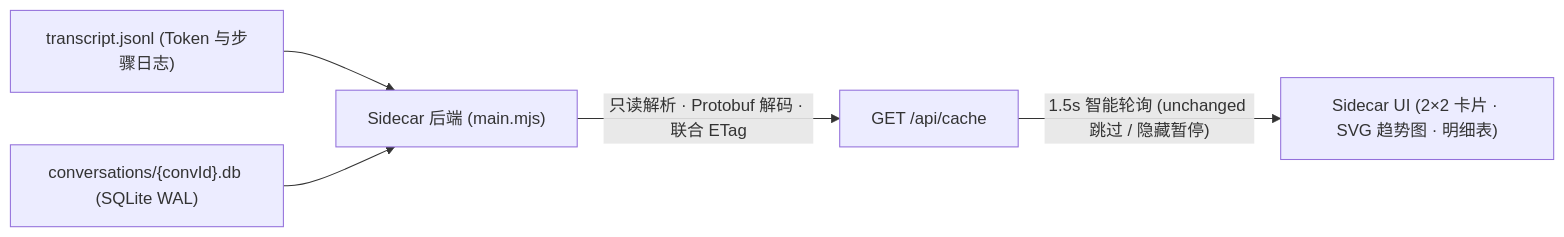
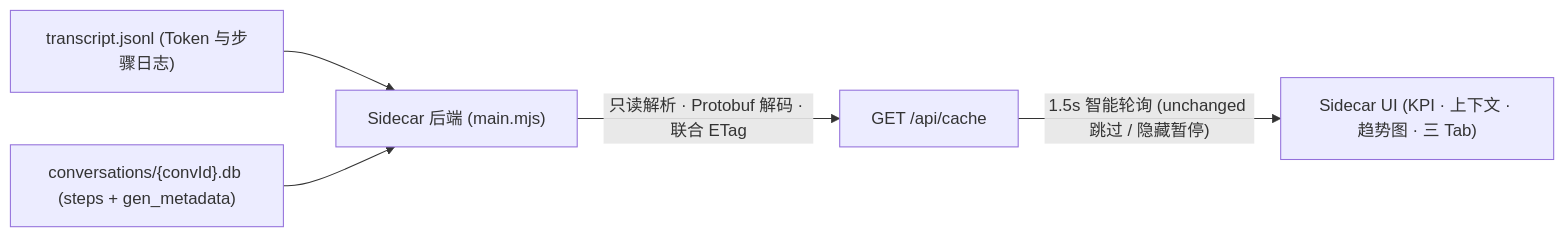
Before and after one commit to sjmdsky/antigravity-cache-monitor: the diagram in README.zh-CN.md, drawn with Mermaid. The commit also changed other lines of this file and 7 other files, not shown here.

````diff
--- a/README.zh-CN.md
+++ b/README.zh-CN.md
@@ -137,7 +152,7 @@
 ```mermaid
 flowchart LR
   A["transcript.jsonl (Token 与步骤日志)"] --> C["Sidecar 后端 (main.mjs)"]
-  B["conversations/{convId}.db (SQLite WAL)"] --> C
+  B["conversations/{convId}.db (steps + gen_metadata)"] --> C
   C -->|"只读解析 · Protobuf 解码 · 联合 ETag"| D["GET /api/cache"]
-  D -->|"1.5s 智能轮询 (unchanged 跳过 / 隐藏暂停)"| E["Sidecar UI (2×2 卡片 · SVG 趋势图 · 明细表)"]
+  D -->|"1.5s 智能轮询 (unchanged 跳过 / 隐藏暂停)"| E["Sidecar UI (KPI · 上下文 · 趋势图 · 三 Tab)"]
 ```
````
